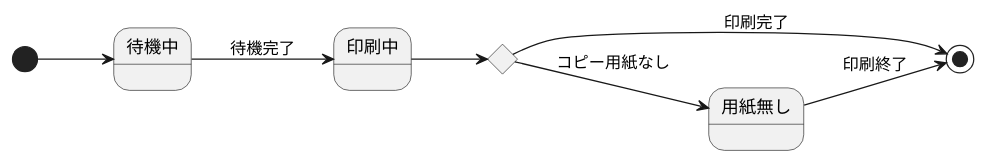
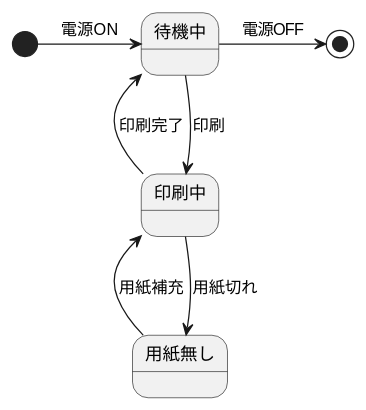
The diagram in 演習6-1_SD_プリンタ.pu (yoshidasen/uml-introduction), drawn with PlantUML before and after one commit.

Commit message:
演習6-1　修正

```diff
--- a/演習6-1_SD_プリンタ.pu
+++ b/演習6-1_SD_プリンタ.pu
@@ -1,13 +1,12 @@
 @startuml プリンタ
-    left to right direction
+    ' left to right direction
 
-    [*] --> 待機中
+    [*] -right-> 待機中 : 電源ON
+    待機中 -right-> [*] : 電源OFF
 
-    state c <<choice>>
+    待機中 --> 印刷中 : 印刷
+    待機中 <-- 印刷中 : 印刷完了
+    印刷中 --> 用紙無し : 用紙切れ
+    印刷中 <-- 用紙無し : 用紙補充
 
-    待機中 --> 印刷中 : 待機完了
-    印刷中 --> c
-    c --> [*] : 印刷完了
-    c --> 用紙無し : コピー用紙なし
-    用紙無し --> [*] : 印刷終了
 @enduml
```
